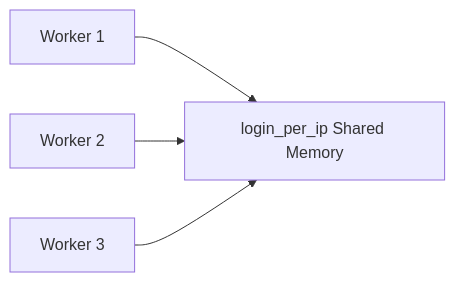
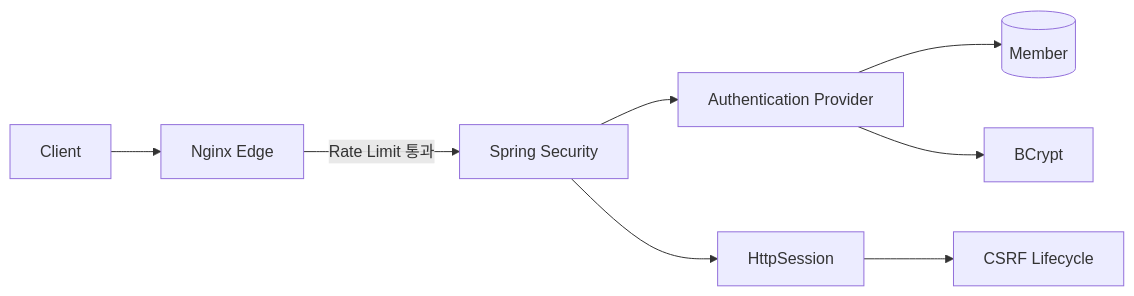
Before and after one commit to guseoh/cs: the third of 3 diagrams in Project/pawCycle/정리/01. 로그인 보안과 Rate Limiting.md, drawn with Mermaid. The commit also changed other lines of this file, not shown here.

Commit message:
Study: 인증과 Edge 보안 개념 정리

````diff
--- a/Project/pawCycle/정리/01. 로그인 보안과 Rate Limiting.md
+++ b/Project/pawCycle/정리/01. 로그인 보안과 Rate Limiting.md
@@ -404,6 +470,10 @@
 ```mermaid
 flowchart LR
-    W1[Worker 1] --> Z[login_per_ip Shared Memory]
-    W2[Worker 2] --> Z
-    W3[Worker 3] --> Z
+    C[Client] --> N[Nginx Edge]
+    N -->|Rate Limit 통과| S[Spring Security]
+    S --> A[Authentication Provider]
+    A --> DB[(Member)]
+    A --> BC[BCrypt]
+    S --> HS[HttpSession]
+    HS --> CSRF[CSRF Lifecycle]
 ```
````
